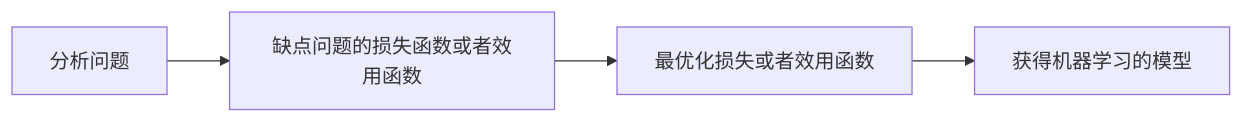
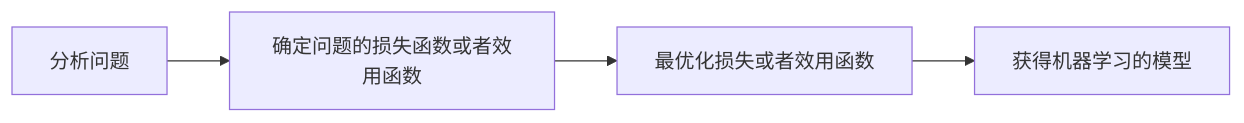
The diagram in theoretical_part/03-LinearRegression.md (LinhMuks-DFox/PlayML), drawn with Mermaid before and after one commit. The commit also changed other lines of this file and 177 other files, not shown here.

First line of the commit message:
校对理论笔记并用 matplotlib 重绘全部配图

````diff
--- a/theoretical_part/03-LinearRegression.md
+++ b/theoretical_part/03-LinearRegression.md
@@ -135,6 +135,6 @@
 ```mermaid
 flowchart LR
-分析问题 --> 缺点问题的损失函数或者效用函数
-缺点问题的损失函数或者效用函数 --> 最优化损失或者效用函数
+分析问题 --> 确定问题的损失函数或者效用函数
+确定问题的损失函数或者效用函数 --> 最优化损失或者效用函数
 最优化损失或者效用函数 --> 获得机器学习的模型
 ```
````
